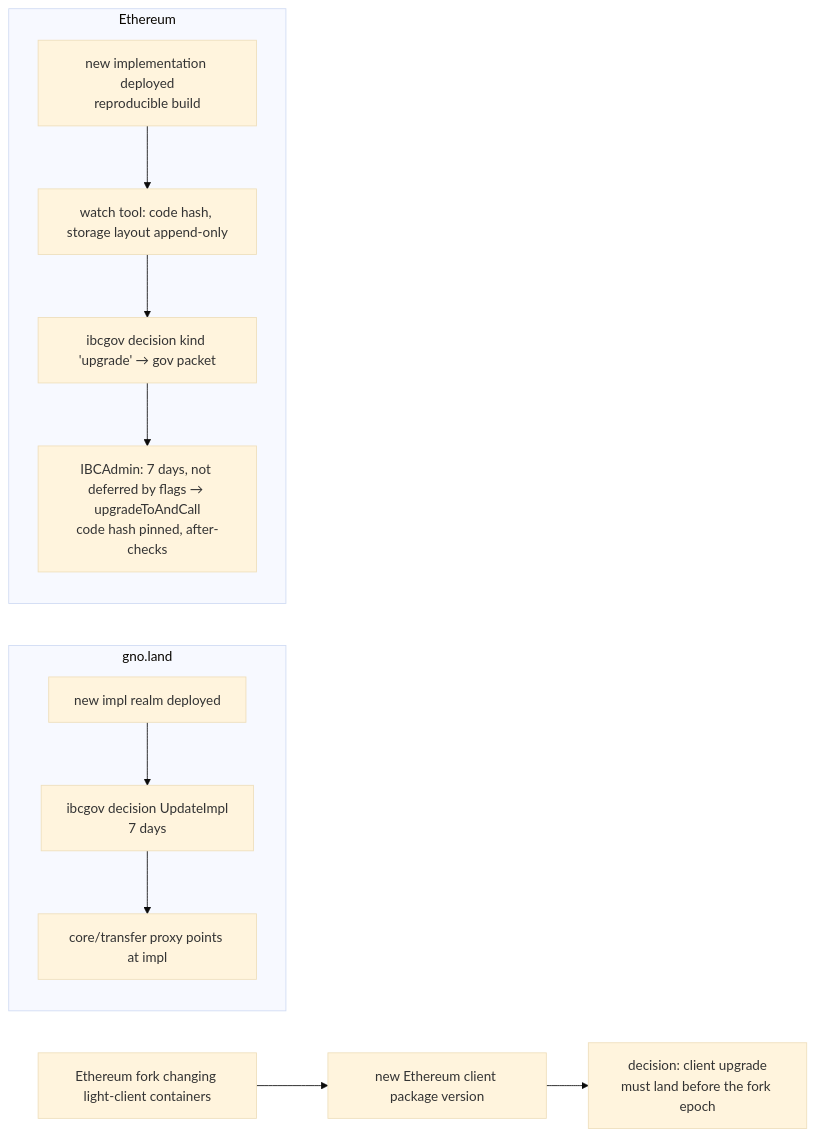
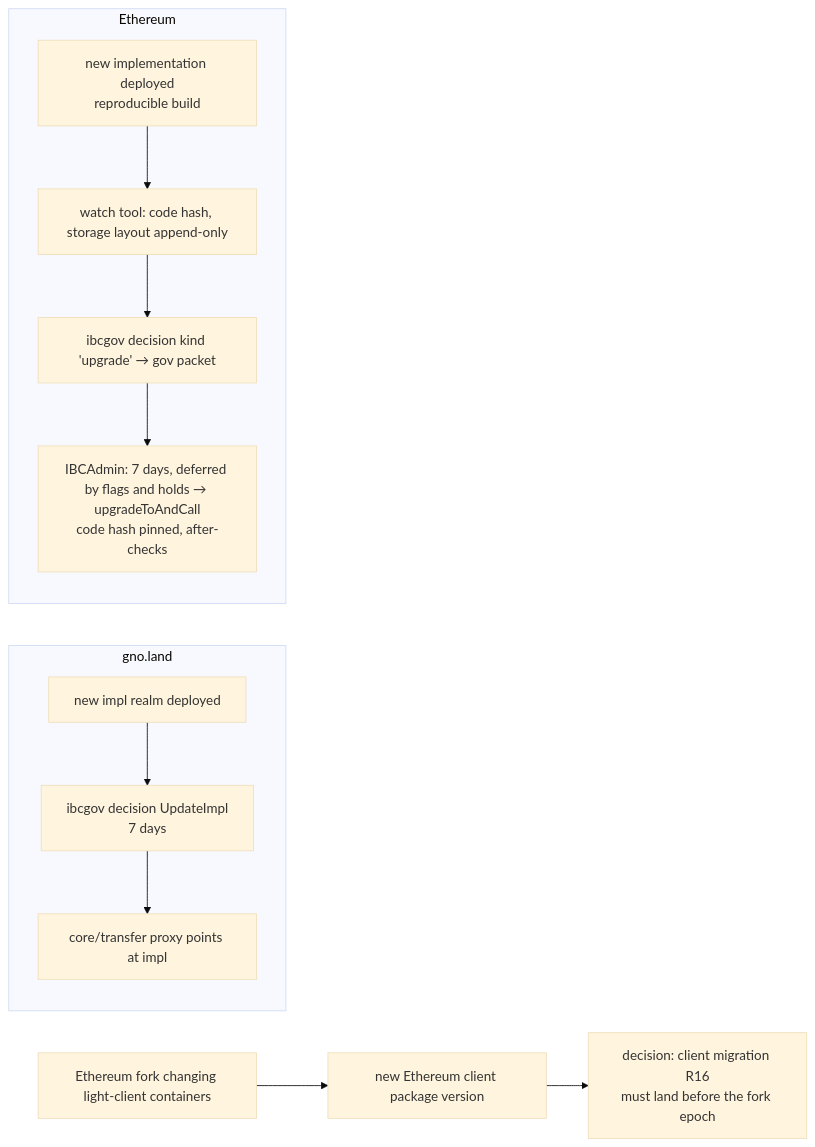
Diagram 13 of 13 in gno.land/adr/prxxxx_ibc_ethereum.md (gnolang/gno), drawn with Mermaid (base theme) before and after one commit. The commit also changed other lines of this file, not shown here.

First line of the commit message:
docs(adr): fold a review of the gno.land - Ethereum IBC ADR

````diff
--- a/gno.land/adr/prxxxx_ibc_ethereum.md
+++ b/gno.land/adr/prxxxx_ibc_ethereum.md
@@ -515,12 +540,12 @@
 ```mermaid
 flowchart LR
   subgraph GNOUP[gno.land]
     P1[new impl realm deployed] --> P2[ibcgov decision UpdateImpl<br/>7 days] --> P3[core/transfer proxy points at impl]
   end
   subgraph ETHUP[Ethereum]
     U1[new implementation deployed<br/>reproducible build] --> U2[watch tool: code hash, storage layout append-only]
     U2 --> U3[ibcgov decision kind 'upgrade' → gov packet]
-    U3 --> U4[IBCAdmin: 7 days, not deferred by flags → upgradeToAndCall<br/>code hash pinned, after-checks]
+    U3 --> U4[IBCAdmin: 7 days, deferred by flags and holds → upgradeToAndCall<br/>code hash pinned, after-checks]
   end
-  F[Ethereum fork changing light-client containers] --> L1[new Ethereum client package version] --> L2[decision: client upgrade<br/>must land before the fork epoch]
+  F[Ethereum fork changing light-client containers] --> L1[new Ethereum client package version] --> L2[decision: client migration R16<br/>must land before the fork epoch]
 ```
````
